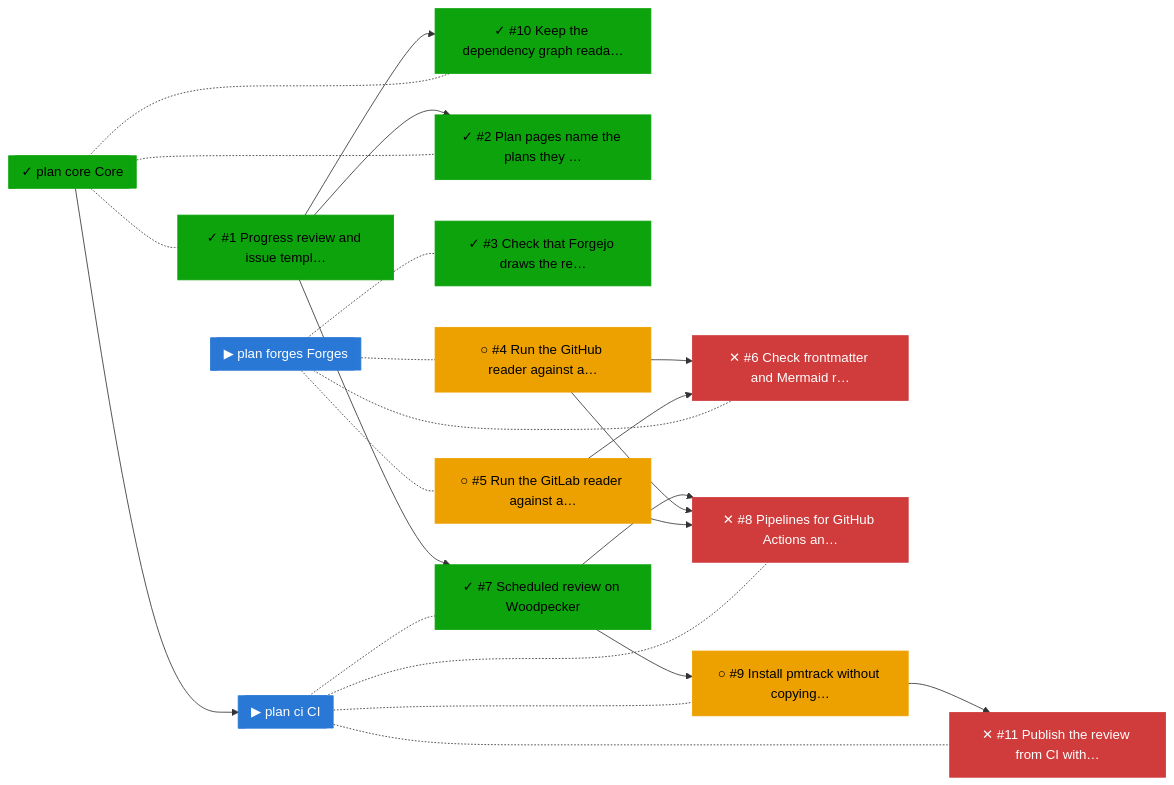
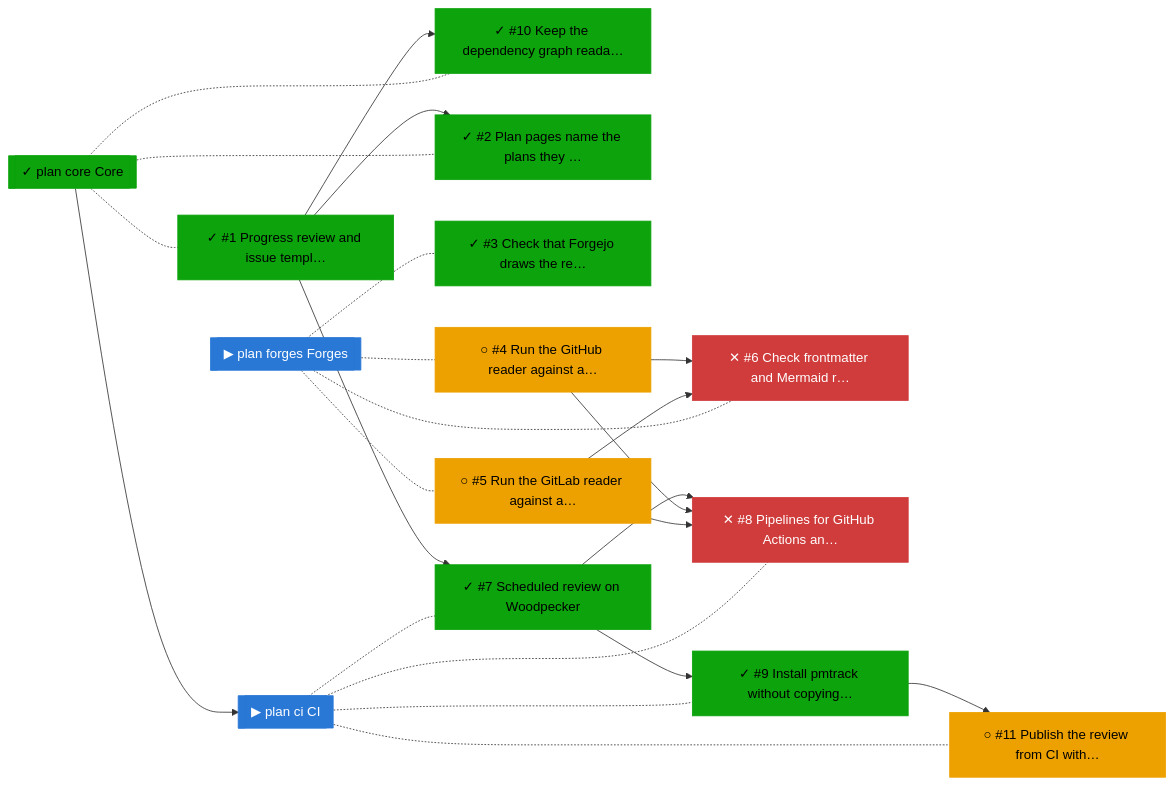
Before and after one commit to bvraghav/pmtrack: the fourth of 4 diagrams in progress/README.md, drawn with Mermaid. The commit also changed other lines of this file and 5 other files, not shown here.

````diff
--- a/progress/README.md
+++ b/progress/README.md
@@ -80,45 +79,45 @@
 ```mermaid
 flowchart LR
   n0["✓ #1 Progress review and issue templ…"]:::done
   n1["✓ #10 Keep the dependency graph reada…"]:::done
-  n2["✕ #11 Publish the review from CI with…"]:::blocked
+  n2["○ #11 Publish the review from CI with…"]:::ready
   n3["✓ #2 Plan pages name the plans they …"]:::done
   n4["✓ #3 Check that Forgejo draws the re…"]:::done
   n5["○ #4 Run the GitHub reader against a…"]:::ready
   n6["○ #5 Run the GitLab reader against a…"]:::ready
   n7["✕ #6 Check frontmatter and Mermaid r…"]:::blocked
   n8["✓ #7 Scheduled review on Woodpecker"]:::done
   n9["✕ #8 Pipelines for GitHub Actions an…"]:::blocked
-  n10["○ #9 Install pmtrack without copying…"]:::ready
+  n10["✓ #9 Install pmtrack without copying…"]:::done
   n11[["▶ plan ci CI"]]:::active
   n12[["✓ plan core Core"]]:::done
   n13[["▶ plan forges Forges"]]:::active
   n0 --> n1
   n10 --> n2
   n0 --> n3
   n5 --> n7
   n6 --> n7
   n0 --> n8
   n8 --> n9
   n5 --> n9
   n6 --> n9
   n8 --> n10
   n11 -.- n8
   n11 -.- n9
   n11 -.- n10
   n11 -.- n2
   n12 --> n11
   n12 -.- n0
   n12 -.- n3
   n12 -.- n1
   n13 -.- n4
   n13 -.- n5
   n13 -.- n6
   n13 -.- n7
   classDef done fill:#0ca30c,color:#000,stroke:#0ca30c
   classDef active fill:#2a78d6,color:#fff,stroke:#2a78d6
   classDef ready fill:#eda100,color:#000,stroke:#eda100
   classDef blocked fill:#d03b3b,color:#fff,stroke:#d03b3b
   classDef unknown fill:#898781,color:#000,stroke:#898781
   classDef dropped fill:#898781,color:#000,stroke:#898781
 ```
````
